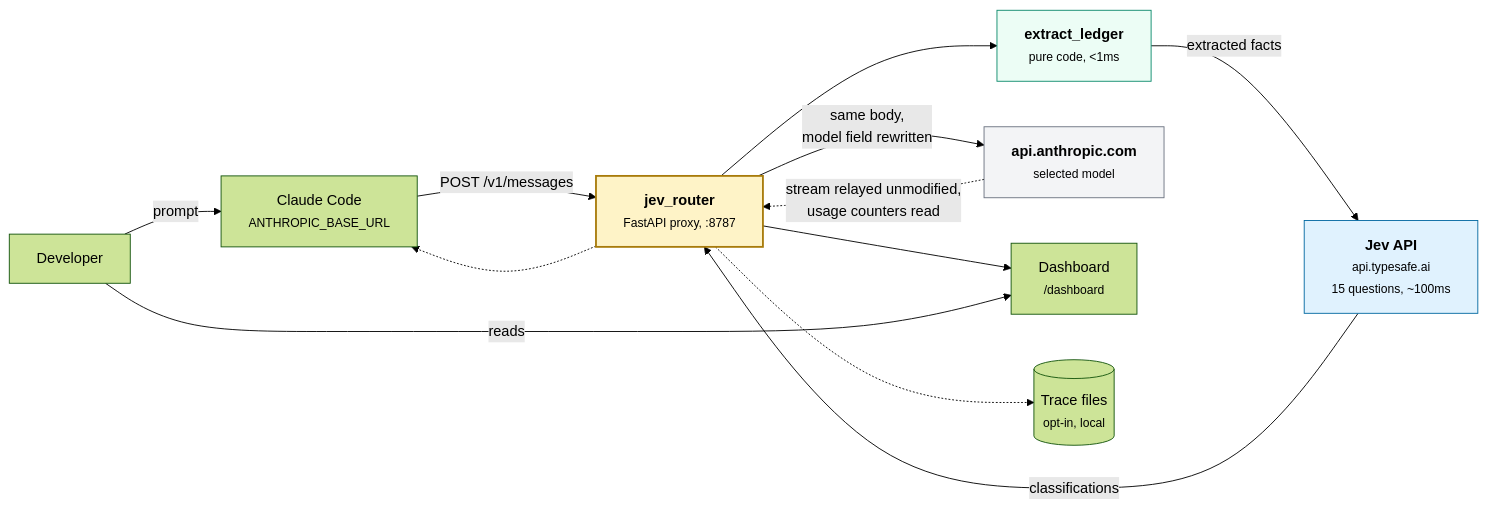
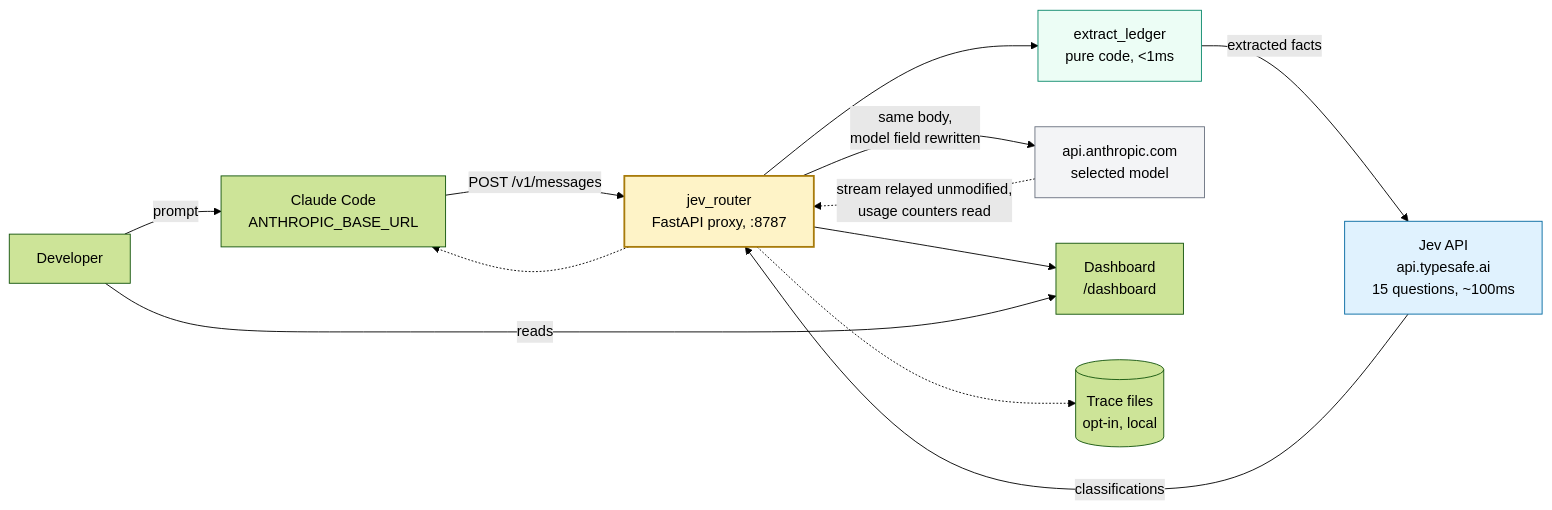
The diagram in README.md (tgiridhar/claude-code-jev-smart-router), drawn with Mermaid (forest theme) before and after one commit. The commit also changed 2 other files, not shown here.

Commit message:
docs: strip font tags from mermaid node labels
GitHub's mermaid mis-measures <small> text: the node box is sized from
one font and the label rendered in another, so labels were clipped
mid-word ("extract_ledger, pick_tie", "apply_cache_pol",
"opt-in, gitignor"). Confirmed by rendering ARCHITECTURE.md on
github.com.

Replaces <b>/<small> markup with plain text plus <br/> in all 48 affected
label lines across the eight diagrams, which mermaid measures correctly.

````diff
--- a/README.md
+++ b/README.md
@@ -109,28 +109,28 @@
 ```mermaid
 flowchart LR
     dev["Developer"]
-    cc["Claude Code<br/><small>ANTHROPIC_BASE_URL</small>"]
-    r["<b>jev_router</b><br/><small>FastAPI proxy, :8787</small>"]
-    led["<b>extract_ledger</b><br/><small>pure code, &lt;1ms</small>"]
-    jev["<b>Jev API</b><br/><small>api.typesafe.ai<br/>15 questions, ~100ms</small>"]
-    up["<b>api.anthropic.com</b><br/><small>selected model</small>"]
-    dash["Dashboard<br/><small>/dashboard</small>"]
-    tr[("Trace files<br/><small>opt-in, local</small>")]
+    cc["Claude Code<br/>ANTHROPIC_BASE_URL"]
+    r["jev_router<br/>FastAPI proxy, :8787"]
+    led["extract_ledger<br/>pure code, &lt;1ms"]
+    jev["Jev API<br/>api.typesafe.ai<br/>15 questions, ~100ms"]
+    up["api.anthropic.com<br/>selected model"]
+    dash["Dashboard<br/>/dashboard"]
+    tr[("Trace files<br/>opt-in, local")]
 
     dev -->|prompt| cc
     cc -->|"POST /v1/messages"| r
     r --> led
     led -->|"extracted facts"| jev
     jev -->|"classifications"| r
     r -->|"same body,<br/>model field rewritten"| up
     up -.->|"stream relayed unmodified,<br/>usage counters read"| r
     r -.-> cc
     r --> dash
     r -.-> tr
     dev -->|reads| dash
 
     style r fill:#fef3c7,stroke:#a87b0b,stroke-width:2px
     style jev fill:#e0f2fe,stroke:#0369a1
     style led fill:#ecfdf5,stroke:#0c8a6c
     style up fill:#f3f4f6,stroke:#6b7280
 ```
````
